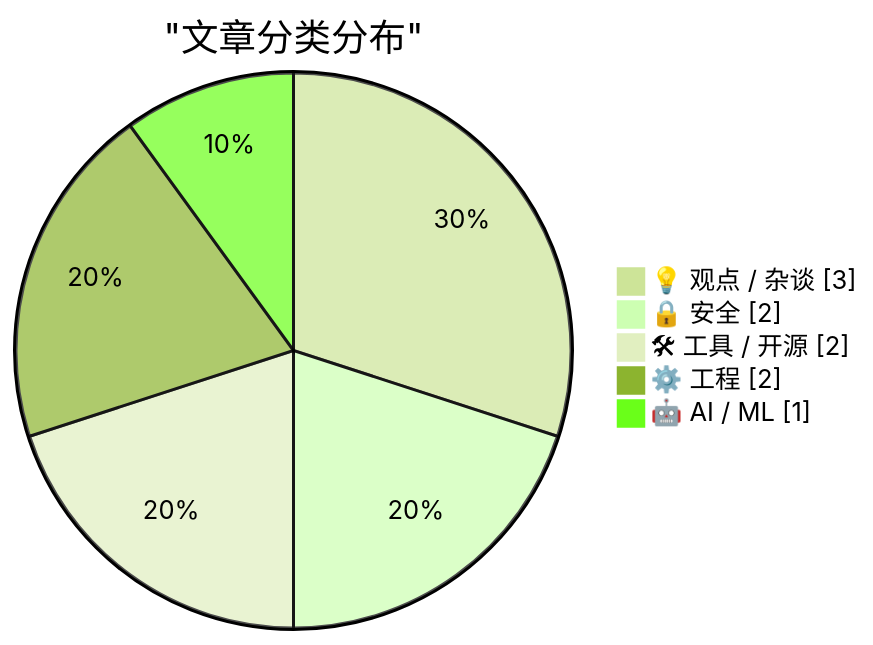
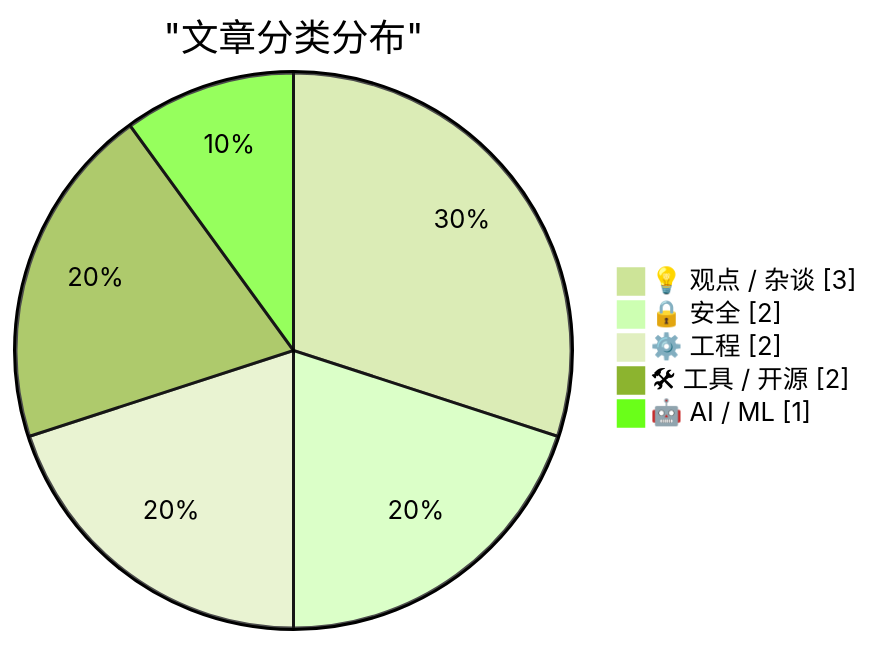
The first of 2 diagrams in content/ai-daily/2026-03-31.md (originem0/SZBlog), drawn with Mermaid (forest theme) before and after one commit. The commit also changed other lines of this file, not shown here.

````diff
--- a/content/ai-daily/2026-03-31.md
+++ b/content/ai-daily/2026-03-31.md
@@ -60,9 +60,9 @@
 ```mermaid
 pie showData
     title "文章分类分布"
     "💡 观点 / 杂谈" : 3
     "🔒 安全" : 2
+    "⚙️ 工程" : 2
     "🛠 工具 / 开源" : 2
-    "⚙️ 工程" : 2
     "🤖 AI / ML" : 1
 ```
````
